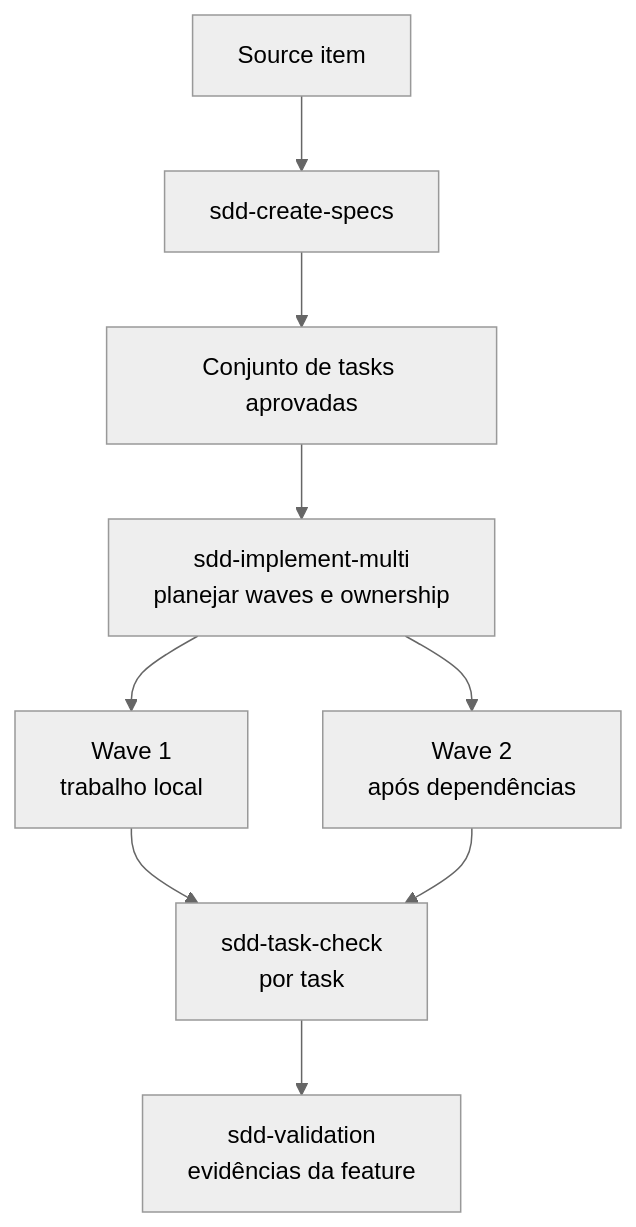
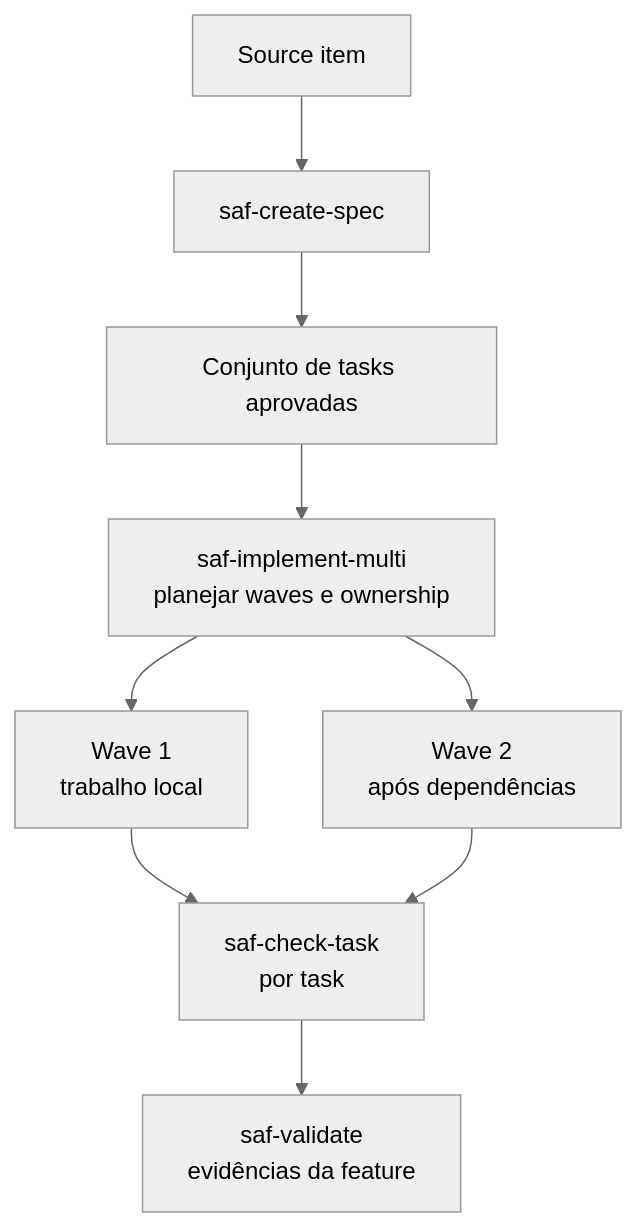
The third of 3 diagrams in docs/sdd-skills-usage-guide.pt-BR.md (gmartins-dev/sdd-agentic-flow), drawn with Mermaid (neutral theme) before and after one commit. The commit also changed other lines of this file and 97 other files, not shown here.

````diff
--- a/docs/sdd-skills-usage-guide.pt-BR.md
+++ b/docs/sdd-skills-usage-guide.pt-BR.md
@@ -99,11 +99,11 @@
 ```mermaid
 flowchart TD
-  Source[Source item] --> Specs[sdd-create-specs]
+  Source[Source item] --> Specs[saf-create-spec]
   Specs --> Tasks[Conjunto de tasks aprovadas]
-  Tasks --> Plan[sdd-implement-multi\nplanejar waves e ownership]
+  Tasks --> Plan[saf-implement-multi\nplanejar waves e ownership]
   Plan --> Wave1[Wave 1\ntrabalho local]
   Plan --> Wave2[Wave 2\napós dependências]
-  Wave1 --> Checks[sdd-task-check\npor task]
+  Wave1 --> Checks[saf-check-task\npor task]
   Wave2 --> Checks
-  Checks --> Validation[sdd-validation\nevidências da feature]
+  Checks --> Validation[saf-validate\nevidências da feature]
 ```
````
